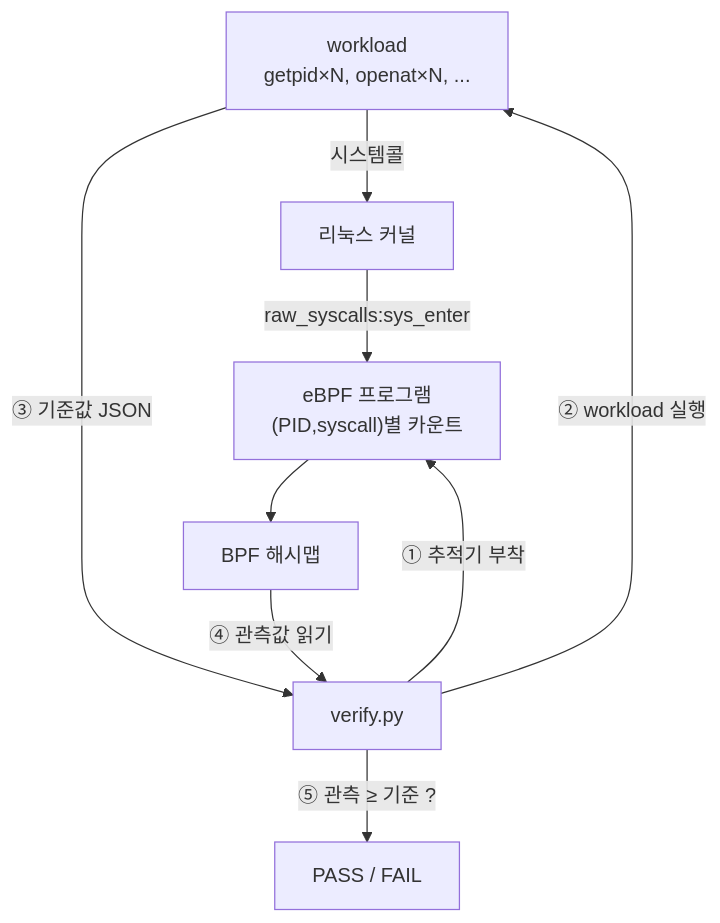
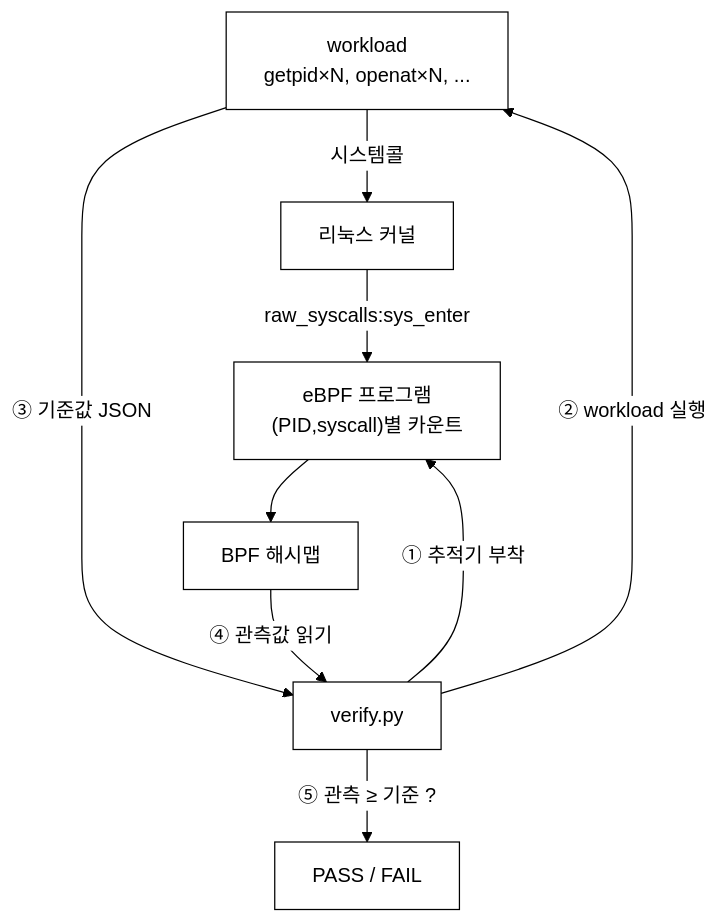
One commit to iamywl/ebpf-lab changed the diagram in projects/syscall-tracer/README.md. Above: the diagram before and after it, drawn with Mermaid. The commit also changed 33 other files, not shown here.

First line of the commit message:
강의자료: 다이어그램 흑백(논문 스타일) 통일 + 실제 실행 스크린샷 삽입

````diff
--- a/projects/syscall-tracer/README.md
+++ b/projects/syscall-tracer/README.md
@@ -20,11 +20,12 @@
 ```mermaid
+%%{init: {"theme":"base","themeVariables":{"background":"#ffffff","primaryColor":"#ffffff","primaryBorderColor":"#000000","primaryTextColor":"#000000","secondaryColor":"#ffffff","secondaryBorderColor":"#000000","secondaryTextColor":"#000000","tertiaryColor":"#ffffff","tertiaryBorderColor":"#000000","tertiaryTextColor":"#000000","lineColor":"#000000","textColor":"#000000","mainBkg":"#ffffff","secondBkg":"#ffffff","clusterBkg":"#ffffff","clusterBorder":"#000000","edgeLabelBackground":"#ffffff","nodeBorder":"#000000","defaultLinkColor":"#000000","titleColor":"#000000","actorBkg":"#ffffff","actorBorder":"#000000","actorTextColor":"#000000","actorLineColor":"#000000","signalColor":"#000000","signalTextColor":"#000000","labelBoxBkgColor":"#ffffff","labelBoxBorderColor":"#000000","labelTextColor":"#000000","loopTextColor":"#000000","noteBkgColor":"#ffffff","noteBorderColor":"#000000","noteTextColor":"#000000","activationBkgColor":"#ffffff","activationBorderColor":"#000000","sequenceNumberColor":"#000000","cScale0":"#ffffff","cScale1":"#ffffff","cScale2":"#ffffff","cScale3":"#ffffff","cScale4":"#ffffff","cScale5":"#ffffff","cScale6":"#ffffff","cScale7":"#ffffff","cScale8":"#ffffff","cScale9":"#ffffff","cScale10":"#ffffff","cScale11":"#ffffff","cScaleLabel0":"#000000","cScaleLabel1":"#000000","cScaleLabel2":"#000000","cScaleLabel3":"#000000","cScaleLabel4":"#000000","cScaleLabel5":"#000000","cScaleLabel6":"#000000","cScaleLabel7":"#000000","cScaleLabel8":"#000000","cScaleLabel9":"#000000","cScaleLabel10":"#000000","cScaleLabel11":"#000000","pie1":"#ffffff","pie2":"#eeeeee","pie3":"#dddddd","pie4":"#cccccc","fontFamily":"Georgia, serif"}}}%%
 flowchart TD
     W["workload\ngetpid×N, openat×N, ..."] -->|시스템콜| K["리눅스 커널"]
     K -->|raw_syscalls:sys_enter| E["eBPF 프로그램\n(PID,syscall)별 카운트"]
     E --> M["BPF 해시맵"]
     V["verify.py"] -->|① 추적기 부착| E
     V -->|② workload 실행| W
     W -->|③ 기준값 JSON| V
     M -->|④ 관측값 읽기| V
     V -->|⑤ 관측 ≥ 기준 ?| R["PASS / FAIL"]
 ```
````
